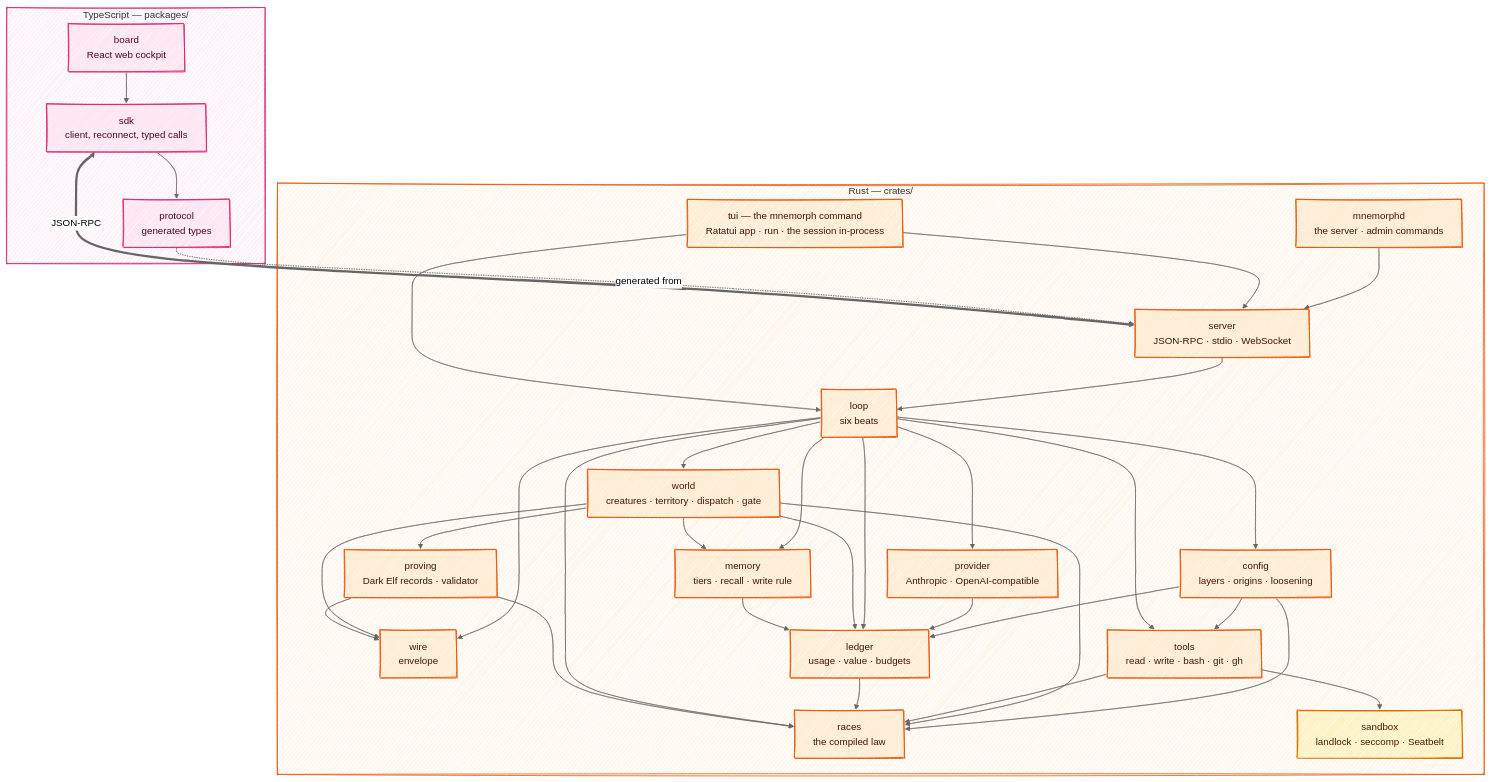
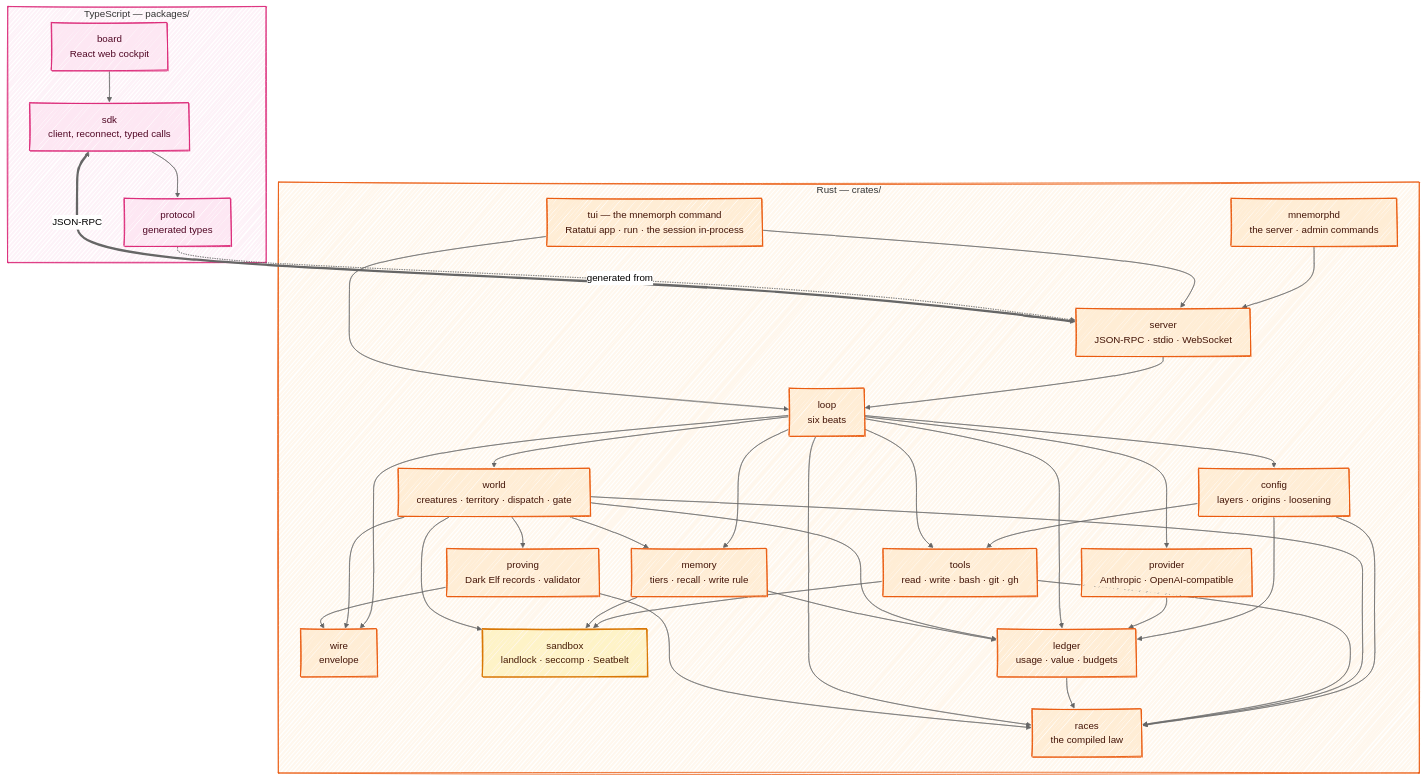
The first of 3 diagrams in docs/05-architecture.md (Kaginari/mnemorph), drawn with Mermaid before and after one commit. The commit also changed other lines of this file and 19 other files, not shown here.

````diff
--- a/docs/05-architecture.md
+++ b/docs/05-architecture.md
@@ -5,65 +5,67 @@
 ```mermaid
 ---
 config:
   look: handDrawn
   theme: neutral
   flowchart:
     wrappingWidth: 360
 ---
 flowchart TB
     subgraph ts["TypeScript — packages/"]
       BOARD["board<br/>React web cockpit"]
       SDK["sdk<br/>client, reconnect, typed calls"]
       PROTO["protocol<br/>generated types"]
       BOARD --> SDK
       SDK --> PROTO
     end
     subgraph rs["Rust — crates/"]
       TUI["tui — the mnemorph command<br/>Ratatui app · run · the session in-process"]
       D["mnemorphd<br/>the server · admin commands"]
       SERVER["server<br/>JSON-RPC · stdio · WebSocket"]
       LOOP["loop<br/>six beats"]
       WORLD["world<br/>creatures · territory · dispatch · gate"]
       RACES["races<br/>the compiled law"]
       WIRE["wire<br/>envelope"]
       TOOLS["tools<br/>read · write · bash · git · gh"]
       SANDBOX["sandbox<br/>landlock · seccomp · Seatbelt"]
       PROV["provider<br/>Anthropic · OpenAI-compatible"]
       LEDGER["ledger<br/>usage · value · budgets"]
       MEM["memory<br/>tiers · recall · write rule"]
       CONFIG["config<br/>layers · origins · loosening"]
       PROVING["proving<br/>Dark Elf records · validator"]
       SERVER --> LOOP
       D --> SERVER
       TUI --> SERVER
       TUI --> LOOP
       LOOP --> CONFIG --> TOOLS
       CONFIG --> RACES
       CONFIG --> LEDGER
       LOOP --> WORLD --> RACES
       LOOP --> PROV --> LEDGER
       LOOP --> TOOLS --> SANDBOX
       TOOLS --> RACES
       LOOP --> LEDGER --> RACES
       LOOP --> MEM
       LOOP --> RACES
       LOOP --> WIRE
       WORLD --> WIRE
       WORLD --> LEDGER
       WORLD --> MEM
       MEM --> LEDGER
+      MEM --> SANDBOX
+      WORLD --> SANDBOX
       WORLD --> PROVING
       PROVING --> WIRE
       PROVING --> RACES
     end
     PROTO -. generated from .-> SERVER
     SDK <==>|JSON-RPC| SERVER
     classDef ts fill:#fde7f3,stroke:#db2777,stroke-width:1.5px,color:#500724
     class BOARD,SDK,PROTO ts
     classDef rs fill:#ffedd5,stroke:#ea580c,stroke-width:1.5px,color:#431407
     class TUI,D,SERVER,LOOP,WORLD,RACES,WIRE,TOOLS,PROV,LEDGER,MEM,CONFIG,PROVING rs
     classDef gate fill:#fef3c7,stroke:#d97706,stroke-width:2px,color:#451a03
     class SANDBOX gate
     style ts fill:#fdf2f8,stroke:#db2777
     style rs fill:#fff7ed,stroke:#ea580c
 ```
````
